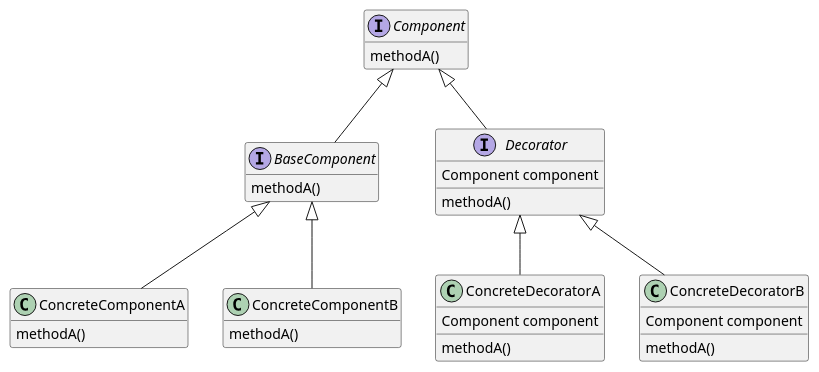
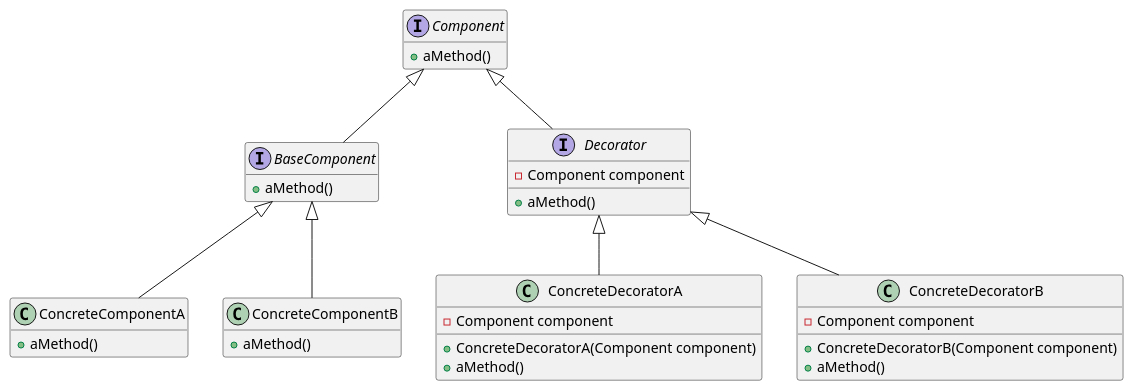
Before and after one commit to gama79530/DesignPattern: the diagram in DecoratorPattern/DecoratorPattern.puml, drawn with PlantUML. The commit also changed 17 other files, not shown here.

```diff
--- a/DecoratorPattern/DecoratorPattern.puml
+++ b/DecoratorPattern/DecoratorPattern.puml
@@ -1,43 +1,45 @@
 @startuml DecoratorPattern
 hide empty members
 
 interface Component{
-    methodA()
+    + aMethod()
 } 
 
 interface BaseComponent{
-    methodA()
+    + aMethod()
 }
 
 class ConcreteComponentA{
-    methodA()
+    + aMethod()
 }
 
 class ConcreteComponentB{
-    methodA()
+    + aMethod()
 }
 
 interface Decorator{
-    Component component
-    methodA()
+    - Component component
+    + aMethod()
 }
 
 class  ConcreteDecoratorA{
-    Component component
-    methodA()
+    - Component component
+    + ConcreteDecoratorA(Component component)
+    + aMethod()
 }
 
 class  ConcreteDecoratorB{
-    Component component
-    methodA()
+    - Component component
+    + ConcreteDecoratorB(Component component)
+    + aMethod()
 }
 
 Component <|-- BaseComponent
 BaseComponent <|-- ConcreteComponentA
 BaseComponent <|-- ConcreteComponentB
 
 Component <|-- Decorator
 Decorator <|-- ConcreteDecoratorA
 Decorator <|-- ConcreteDecoratorB
 
 @enduml
```
